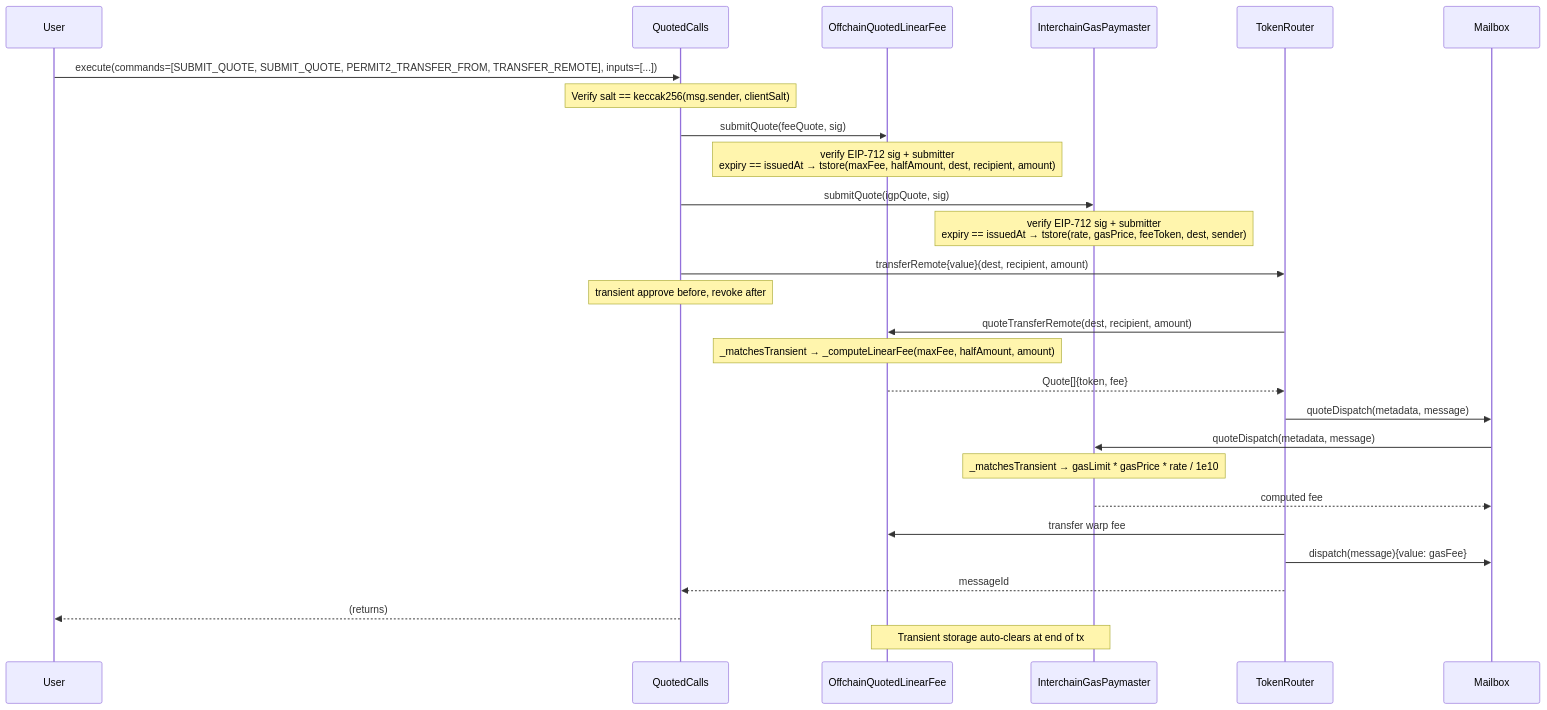
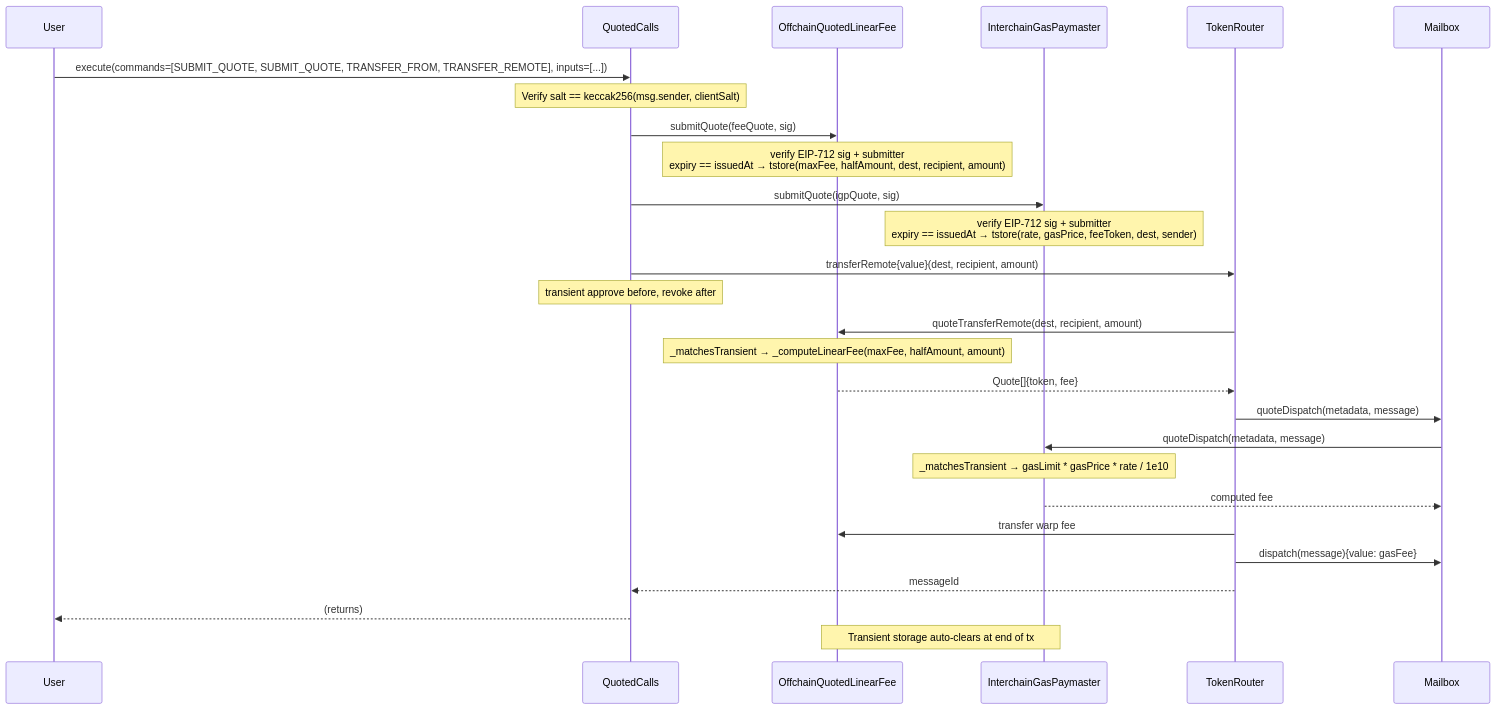
Before and after one commit to hyperlane-xyz/hyperlane-monorepo: the first of 2 diagrams in docs/offchain-fee-quoting.md, drawn with Mermaid. The commit also changed other lines of this file and 4 other files, not shown here.

First line of the commit message:
refactor(solidity): split PERMIT2_TRANSFER_FROM into separate transfer commands

````diff
--- a/docs/offchain-fee-quoting.md
+++ b/docs/offchain-fee-quoting.md
@@ -272,39 +272,39 @@
 ```mermaid
 sequenceDiagram
     participant User
     participant QC as QuotedCalls
     participant QFee as OffchainQuotedLinearFee
     participant IGP as InterchainGasPaymaster
     participant WarpRoute as TokenRouter
     participant Mailbox
 
-    User->>QC: execute(commands=[SUBMIT_QUOTE, SUBMIT_QUOTE, PERMIT2_TRANSFER_FROM, TRANSFER_REMOTE], inputs=[...])
+    User->>QC: execute(commands=[SUBMIT_QUOTE, SUBMIT_QUOTE, TRANSFER_FROM, TRANSFER_REMOTE], inputs=[...])
 
     Note over QC: Verify salt == keccak256(msg.sender, clientSalt)
 
     QC->>QFee: submitQuote(feeQuote, sig)
     Note over QFee: verify EIP-712 sig + submitter<br/>expiry == issuedAt → tstore(maxFee, halfAmount, dest, recipient, amount)
 
     QC->>IGP: submitQuote(igpQuote, sig)
     Note over IGP: verify EIP-712 sig + submitter<br/>expiry == issuedAt → tstore(rate, gasPrice, feeToken, dest, sender)
 
     QC->>WarpRoute: transferRemote{value}(dest, recipient, amount)
     Note over QC: transient approve before, revoke after
 
     WarpRoute->>QFee: quoteTransferRemote(dest, recipient, amount)
     Note over QFee: _matchesTransient → _computeLinearFee(maxFee, halfAmount, amount)
     QFee-->>WarpRoute: Quote[]{token, fee}
 
     WarpRoute->>Mailbox: quoteDispatch(metadata, message)
     Mailbox->>IGP: quoteDispatch(metadata, message)
     Note over IGP: _matchesTransient → gasLimit * gasPrice * rate / 1e10
     IGP-->>Mailbox: computed fee
 
     WarpRoute->>QFee: transfer warp fee
     WarpRoute->>Mailbox: dispatch(message){value: gasFee}
 
     WarpRoute-->>QC: messageId
     QC-->>User: (returns)
 
     Note over QFee,IGP: Transient storage auto-clears at end of tx
 ```
````
